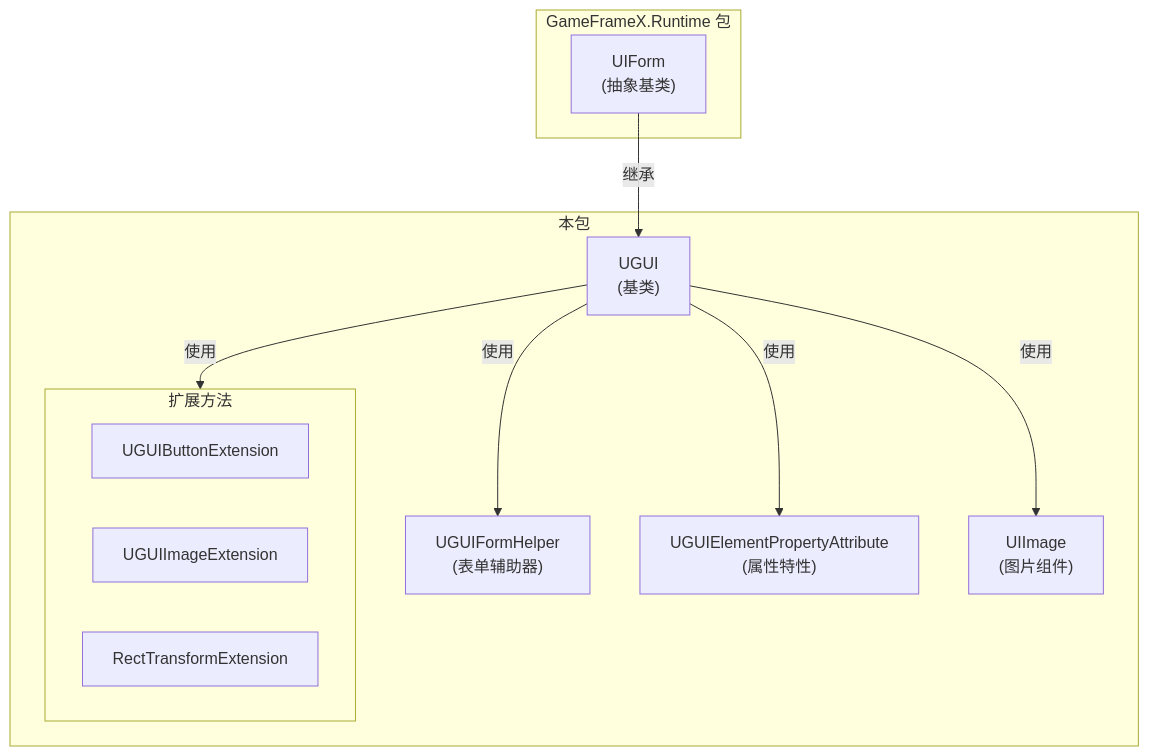
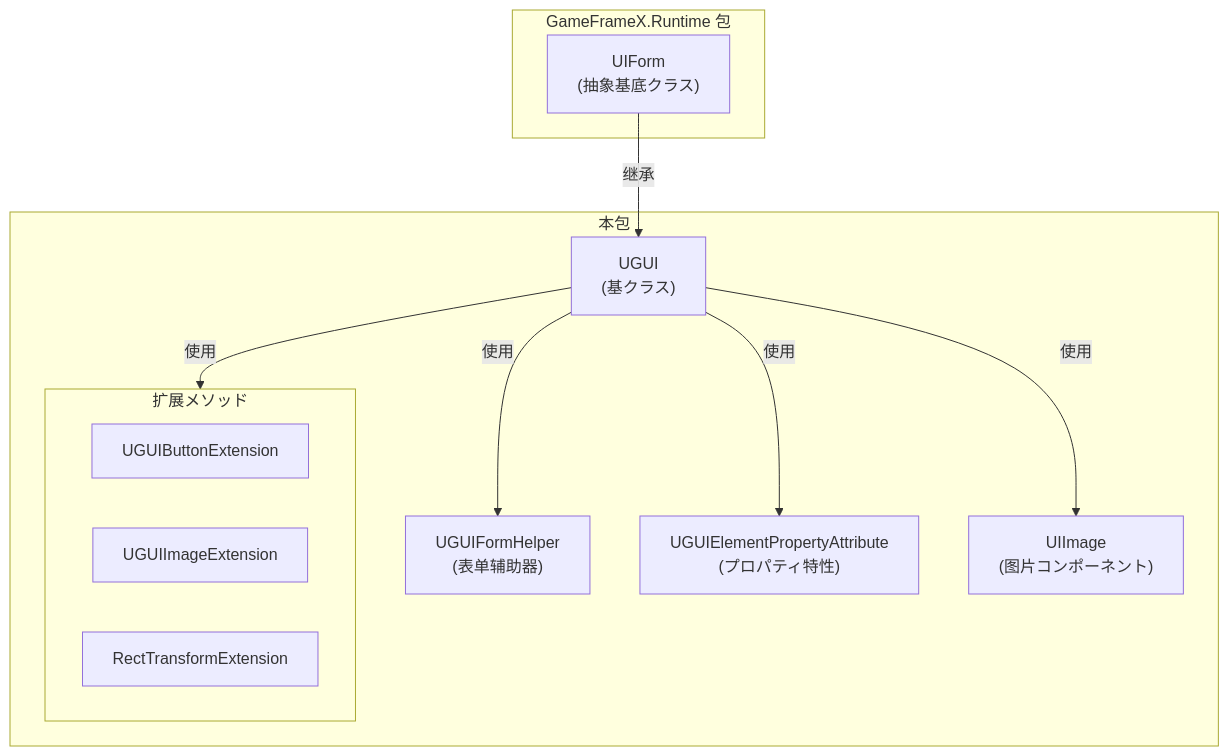
The first of 2 diagrams in docs/ja/client/unity/component/ui-ugui/06.ugui-base.md (AlianBlank/GameFrameX.Docs), drawn with Mermaid before and after one commit. The commit also changed other lines of this file and 603 other files, not shown here.

````diff
--- a/docs/ja/client/unity/component/ui-ugui/06.ugui-base.md
+++ b/docs/ja/client/unity/component/ui-ugui/06.ugui-base.md
@@ -36,25 +36,25 @@
 ```mermaid
 graph TD
     subgraph GameFrameX.Runtime["GameFrameX.Runtime 包"]
-        UIForm["UIForm<br/>(抽象基类)"]
+        UIForm["UIForm<br/>(抽象基底クラス)"]
     end
 
     subgraph GameFrameX.UI.UGUI["本包"]
-        UGUI["UGUI<br/>(基类)"]
+        UGUI["UGUI<br/>(基クラス)"]
         UGUIFormHelper["UGUIFormHelper<br/>(表单辅助器)"]
-        UGUIElementPropertyAttribute["UGUIElementPropertyAttribute<br/>(属性特性)"]
-        UIImage["UIImage<br/>(图片组件)"]
+        UGUIElementPropertyAttribute["UGUIElementPropertyAttribute<br/>(プロパティ特性)"]
+        UIImage["UIImage<br/>(图片コンポーネント)"]
         
-        subgraph Extensions["扩展方法"]
+        subgraph Extensions["扩展メソッド"]
             UGUIButtonExtension["UGUIButtonExtension"]
             UGUIImageExtension["UGUIImageExtension"]
             RectTransformExtension["RectTransformExtension"]
         end
     end
 
     UIForm -->|"继承"| UGUI
     UGUI -->|"使用"| UGUIFormHelper
     UGUI -->|"使用"| UGUIElementPropertyAttribute
     UGUI -->|"使用"| UIImage
     UGUI -->|"使用"| Extensions
 ```
````
